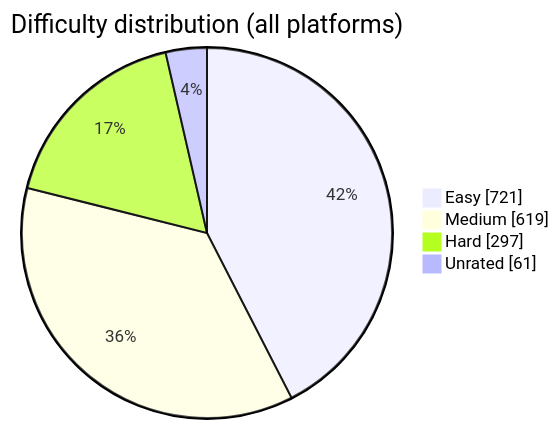
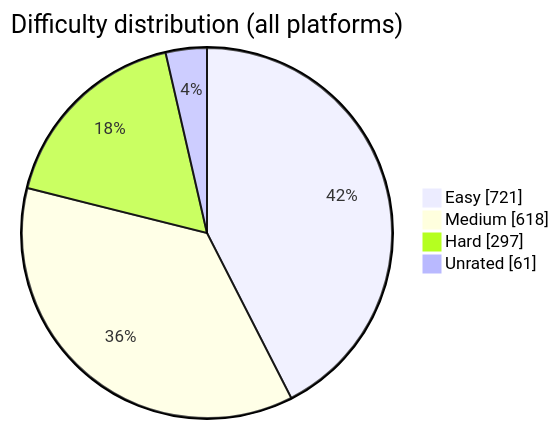
One commit to BuildbyArindam/Daily-Coding-Log changed the diagram in README.md. Above: the diagram before and after it, drawn with Mermaid. The commit also changed other lines of this file, not shown here.

````diff
--- a/README.md
+++ b/README.md
@@ -93,7 +93,7 @@
 ```mermaid
 pie showData title Difficulty distribution (all platforms)
     "Easy" : 721
-    "Medium" : 619
+    "Medium" : 618
     "Hard" : 297
     "Unrated" : 61
 ```
````
